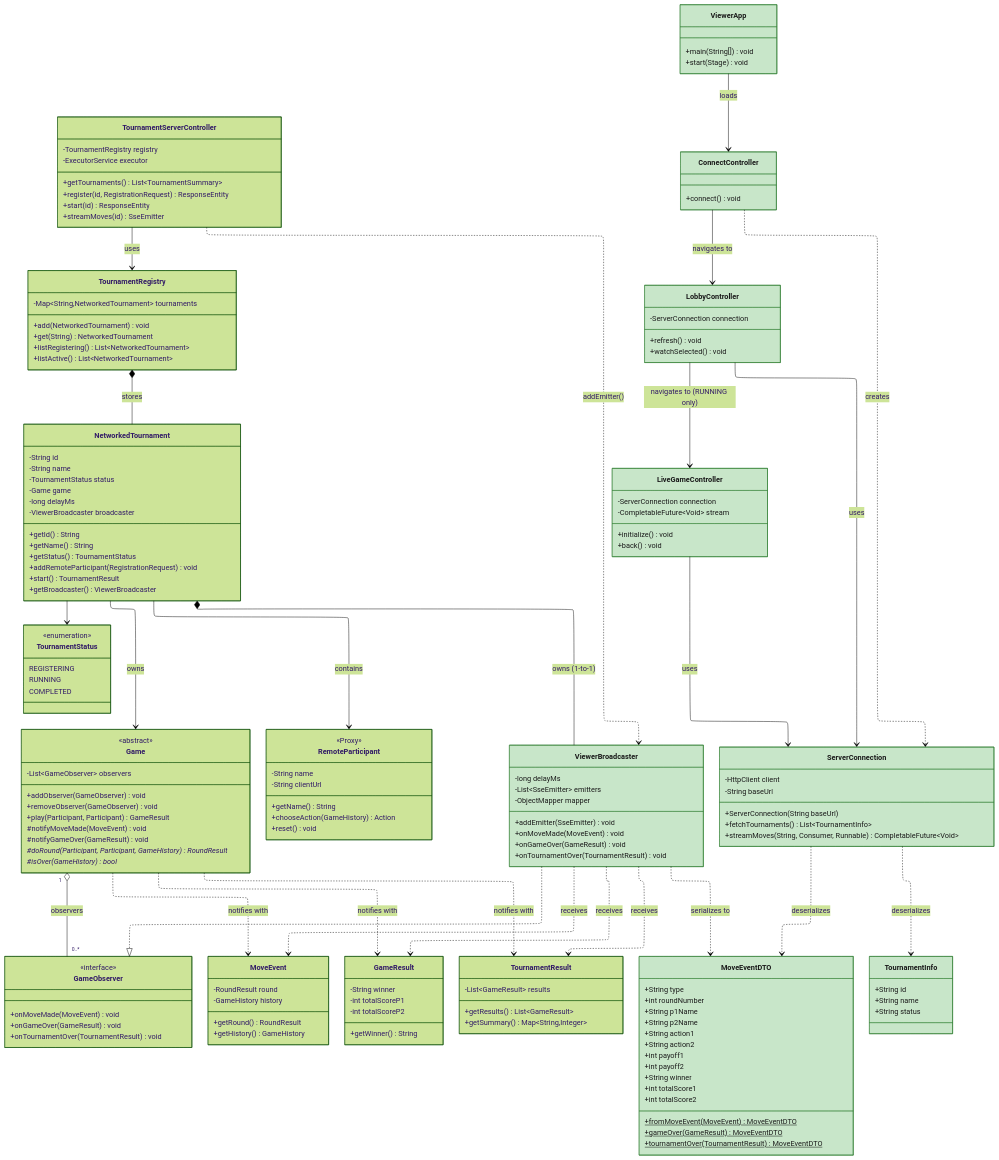
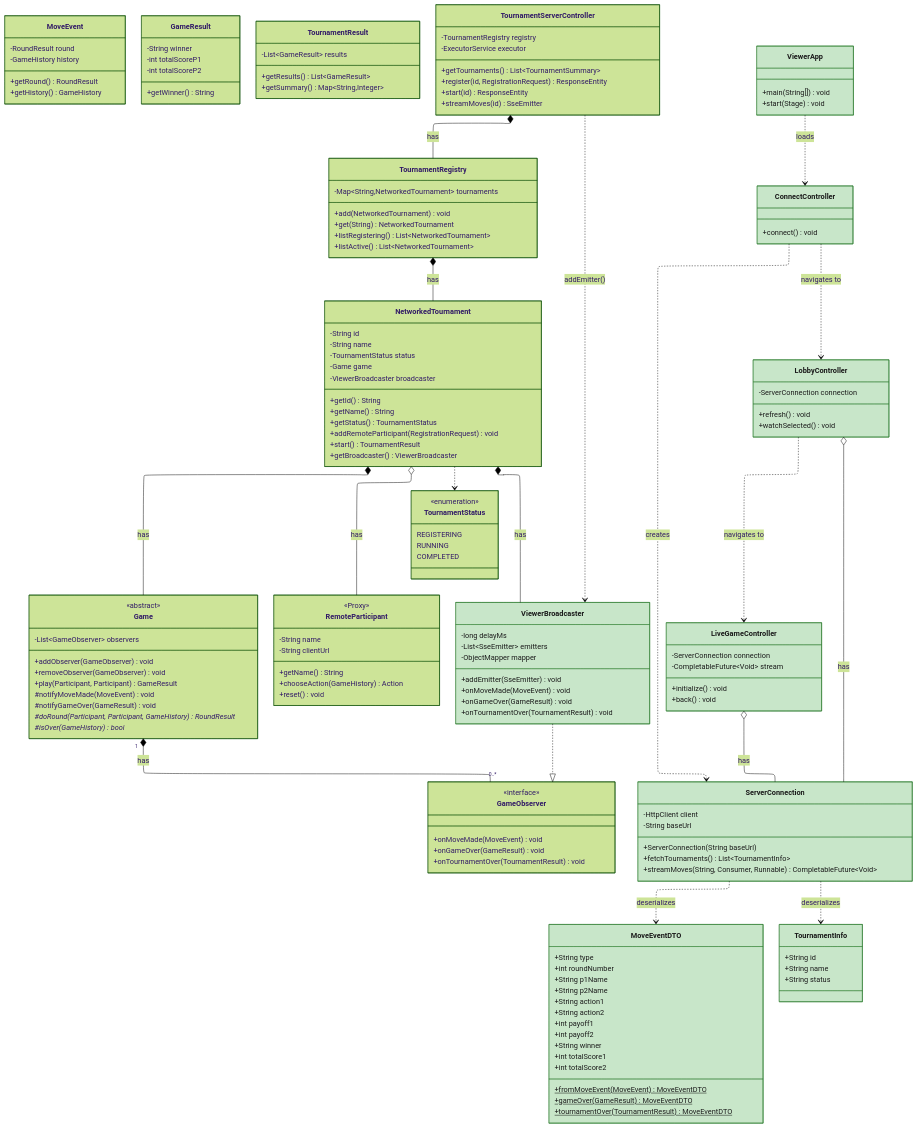
One commit to Diego-Sic/SITS changed the diagram in Documentation/sprint_3_uml.mmd. Above: the diagram before and after it, drawn with Mermaid (forest theme). The commit also changed 17 other files, not shown here.

```diff
--- a/Documentation/sprint_3_uml.mmd
+++ b/Documentation/sprint_3_uml.mmd
@@ -1,183 +1,182 @@
 ---
 config:
   layout: elk
 ---
 classDiagram
 direction TB
     class GameObserver {
         +onMoveMade(MoveEvent) void
         +onGameOver(GameResult) void
         +onTournamentOver(TournamentResult) void
     }
 
     class Game {
         -List~GameObserver~ observers
         +addObserver(GameObserver) void
         +removeObserver(GameObserver) void
         +play(Participant, Participant) GameResult
         #notifyMoveMade(MoveEvent) void
         #notifyGameOver(GameResult) void
         #doRound(Participant, Participant, GameHistory) RoundResult*
         #isOver(GameHistory) bool*
     }
 
     class MoveEvent {
         -RoundResult round
         -GameHistory history
         +getRound() RoundResult
         +getHistory() GameHistory
     }
 
     class GameResult {
         -String winner
         -int totalScoreP1
         -int totalScoreP2
         +getWinner() String
     }
 
     class TournamentResult {
         -List~GameResult~ results
         +getResults() List~GameResult~
         +getSummary() Map~String,Integer~
     }
 
     class TournamentStatus {
         REGISTERING
         RUNNING
         COMPLETED
     }
 
     class TournamentRegistry {
         -Map~String,NetworkedTournament~ tournaments
         +add(NetworkedTournament) void
         +get(String) NetworkedTournament
         +listRegistering() List~NetworkedTournament~
         +listActive() List~NetworkedTournament~
     }
 
     class NetworkedTournament {
         -String id
         -String name
         -TournamentStatus status
         -Game game
-        -long delayMs
         -ViewerBroadcaster broadcaster
         +getId() String
         +getName() String
         +getStatus() TournamentStatus
         +addRemoteParticipant(RegistrationRequest) void
         +start() TournamentResult
         +getBroadcaster() ViewerBroadcaster
     }
 
     class TournamentServerController {
         -TournamentRegistry registry
         -ExecutorService executor
         +getTournaments() List~TournamentSummary~
         +register(id, RegistrationRequest) ResponseEntity
         +start(id) ResponseEntity
         +streamMoves(id) SseEmitter
     }
 
     class RemoteParticipant {
         -String name
         -String clientUrl
         +getName() String
         +chooseAction(GameHistory) Action
         +reset() void
     }
 
     class ViewerBroadcaster:::newClass {
         -long delayMs
         -List~SseEmitter~ emitters
         -ObjectMapper mapper
         +addEmitter(SseEmitter) void
         +onMoveMade(MoveEvent) void
         +onGameOver(GameResult) void
         +onTournamentOver(TournamentResult) void
     }
 
     class MoveEventDTO:::newClass {
         +String type
         +int roundNumber
         +String p1Name
         +String p2Name
         +String action1
         +String action2
         +int payoff1
         +int payoff2
         +String winner
         +int totalScore1
         +int totalScore2
         +fromMoveEvent(MoveEvent) MoveEventDTO$
         +gameOver(GameResult) MoveEventDTO$
         +tournamentOver(TournamentResult) MoveEventDTO$
     }
 
     class ViewerApp:::newClass {
         +main(String[]) void
         +start(Stage) void
     }
 
     class ServerConnection:::newClass {
         -HttpClient client
         -String baseUrl
         +ServerConnection(String baseUrl)
         +fetchTournaments() List~TournamentInfo~
         +streamMoves(String, Consumer, Runnable) CompletableFuture~Void~
     }
 
     class TournamentInfo:::newClass {
         +String id
         +String name
         +String status
     }
 
     class ConnectController:::newClass {
         +connect() void
     }
 
     class LobbyController:::newClass {
         -ServerConnection connection
         +refresh() void
         +watchSelected() void
     }
 
     class LiveGameController:::newClass {
         -ServerConnection connection
         -CompletableFuture~Void~ stream
         +initialize() void
         +back() void
     }
 
     <<interface>> GameObserver
     <<abstract>> Game
     <<enumeration>> TournamentStatus
     <<Proxy>> RemoteParticipant
 
-    Game "1" o-- "0..*" GameObserver : observers
-    Game ..> MoveEvent : notifies with
-    Game ..> GameResult : notifies with
-    Game ..> TournamentResult : notifies with
+    %% is-a
     ViewerBroadcaster ..|> GameObserver
-    ViewerBroadcaster ..> MoveEventDTO : serializes to
-    ViewerBroadcaster ..> MoveEvent : receives
-    ViewerBroadcaster ..> GameResult : receives
-    ViewerBroadcaster ..> TournamentResult : receives
-    NetworkedTournament --> TournamentStatus
-    NetworkedTournament *-- ViewerBroadcaster : owns (1-to-1)
-    NetworkedTournament --> Game : owns
-    TournamentRegistry *-- NetworkedTournament : stores
-    TournamentServerController --> TournamentRegistry : uses
+
+    %% has-a (composition: child cannot exist without owner)
+    Game "1" *-- "0..*" GameObserver : has
+    NetworkedTournament *-- ViewerBroadcaster : has
+    NetworkedTournament *-- Game : has
+    TournamentRegistry *-- NetworkedTournament : has
+    TournamentServerController *-- TournamentRegistry : has
+
+    %% has-a (aggregation: owner references but does not fully own)
+    NetworkedTournament o-- RemoteParticipant : has
+    LobbyController o-- ServerConnection : has
+    LiveGameController o-- ServerConnection : has
+
+    %% uses / depends-on
+    NetworkedTournament ..> TournamentStatus
     TournamentServerController ..> ViewerBroadcaster : addEmitter()
-    NetworkedTournament --> RemoteParticipant : contains
-    ViewerApp --> ConnectController : loads
-    ConnectController --> LobbyController : navigates to
-    LobbyController --> LiveGameController : navigates to (RUNNING only)
+    ViewerApp ..> ConnectController : loads
+    ConnectController ..> LobbyController : navigates to
+    LobbyController ..> LiveGameController : navigates to
     ConnectController ..> ServerConnection : creates
-    LobbyController --> ServerConnection : uses
-    LiveGameController --> ServerConnection : uses
     ServerConnection ..> TournamentInfo : deserializes
     ServerConnection ..> MoveEventDTO : deserializes
 
-    classDef newClass :,fill:#c8e6c9,stroke:#2e7d32,color:#1b1b1b
+    classDef newClass fill:#c8e6c9,stroke:#2e7d32,color:#1b1b1b
```
